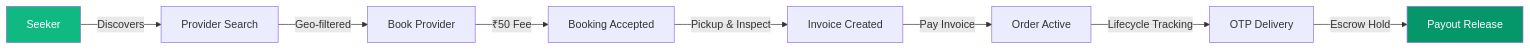
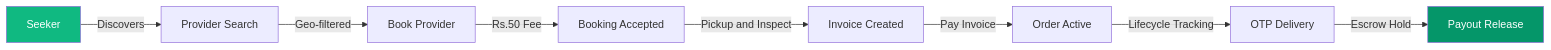
The first of 13 diagrams in docs/CODEBASE_UNDERSTANDING.md (ashfakhm/laundry-ease), drawn with Mermaid before and after one commit. The commit also changed other lines of this file, not shown here.

Commit message:
most of the diagrams in codebase_understanding were not rendering due to lexical error now i fixed it

````diff
--- a/docs/CODEBASE_UNDERSTANDING.md
+++ b/docs/CODEBASE_UNDERSTANDING.md
@@ -9,12 +9,12 @@
 ```mermaid
 graph LR
     A[Seeker] -->|Discovers| B[Provider Search]
     B -->|Geo-filtered| C[Book Provider]
-    C -->|₹50 Fee| D[Booking Accepted]
-    D -->|Pickup & Inspect| E[Invoice Created]
+    C -->|Rs.50 Fee| D[Booking Accepted]
+    D -->|Pickup and Inspect| E[Invoice Created]
     E -->|Pay Invoice| F[Order Active]
     F -->|Lifecycle Tracking| G[OTP Delivery]
     G -->|Escrow Hold| H[Payout Release]
     style A fill:#10b981,color:#fff
     style H fill:#059669,color:#fff
 ```
````
